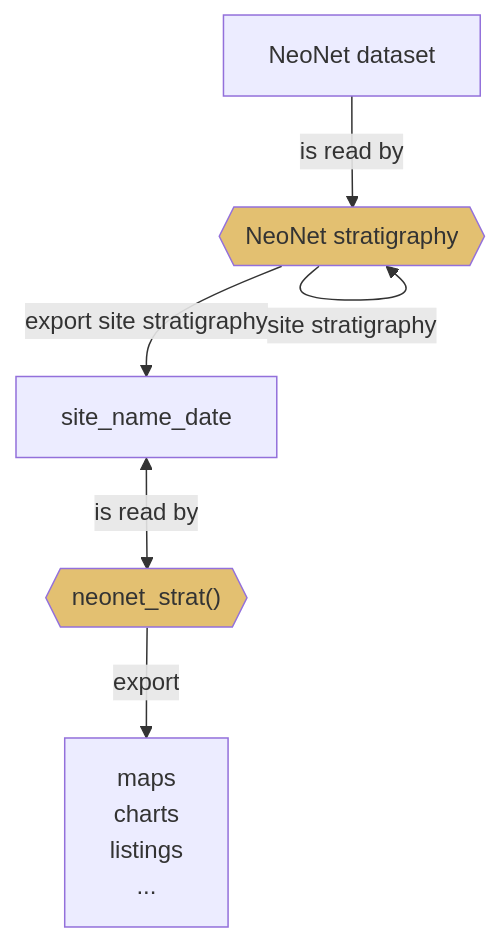
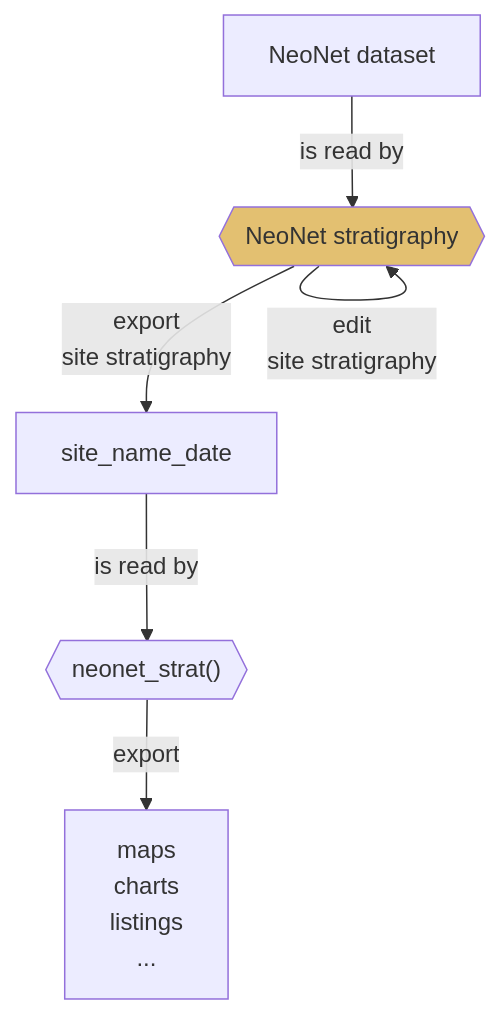
The diagram in neonet/README.md (historical-time/caa-chrono-sig), drawn with Mermaid before and after one commit. The commit also changed other lines of this file, not shown here.

````diff
--- a/neonet/README.md
+++ b/neonet/README.md
@@ -25,9 +25,10 @@
 ```mermaid
 flowchart TD
-    A[NeoNet dataset] --is read by--> B{{"NeoNet stratigraphy"}}:::neonetfunc;
-    B --site stratigraphy--> B;
-    B --export site stratigraphy--> C[site_name_date];
-    C <--is read by--> D{{"neonet_strat()"}}:::neonetfunc;
+    A[NeoNet dataset] --is read by--> B{{"NeoNet stratigraphy"}}:::neonetshiny;
+    B --edit<br>site stratigraphy--> B;
+    B --export<br>site stratigraphy--> C[site_name_date];
+    C --is read by--> D{{"neonet_strat()"}}:::neonetfunc;
     D --export --> E[maps<br>charts<br>listings<br>...];
-    classDef neonetfunc fill:#e3c071;
+    classDef neonetshiny fill:#e3c071;
+    classDef neonetfunct fill:#71e37c;
 ```
````
